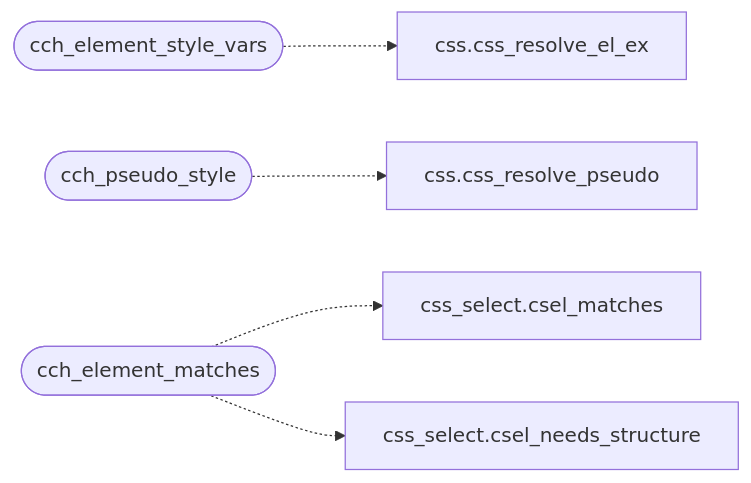
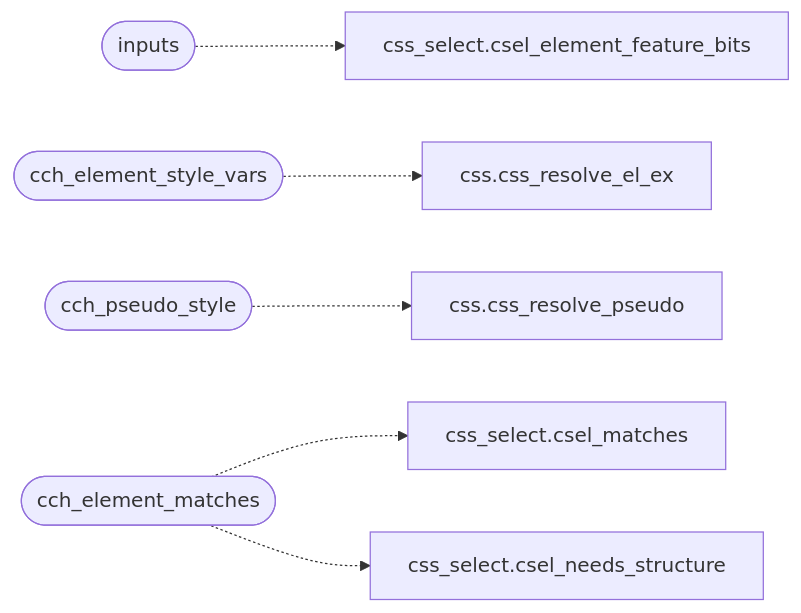
Before and after one commit to grisuno/FreeDom: the second of 2 diagrams in readmenator-apidocs/modules/src.css_chain.c.md, drawn with Mermaid. The commit also changed other lines of this file and 194 other files, not shown here.

````diff
--- a/readmenator-apidocs/modules/src.css_chain.c.md
+++ b/readmenator-apidocs/modules/src.css_chain.c.md
@@ -26,14 +26,17 @@
 ```mermaid
 flowchart LR
+    n_src_css_chain_c__inputs(["inputs"])
+    n_include_css_select_h__csel_element_feature_bits["css_select.csel_element_feature_bits"]
     n_src_css_chain_c__cch_element_style_vars(["cch_element_style_vars"])
     n_src_css_c__css_resolve_el_ex["css.css_resolve_el_ex"]
     n_src_css_chain_c__cch_pseudo_style(["cch_pseudo_style"])
     n_src_css_c__css_resolve_pseudo["css.css_resolve_pseudo"]
     n_src_css_chain_c__cch_element_matches(["cch_element_matches"])
     n_include_css_select_h__csel_matches["css_select.csel_matches"]
     n_src_css_select_c__csel_needs_structure["css_select.csel_needs_structure"]
+    n_src_css_chain_c__inputs -.-> n_include_css_select_h__csel_element_feature_bits
     n_src_css_chain_c__cch_element_style_vars -.-> n_src_css_c__css_resolve_el_ex
     n_src_css_chain_c__cch_pseudo_style -.-> n_src_css_c__css_resolve_pseudo
     n_src_css_chain_c__cch_element_matches -.-> n_include_css_select_h__csel_matches
     n_src_css_chain_c__cch_element_matches -.-> n_src_css_select_c__csel_needs_structure
 ```
````
